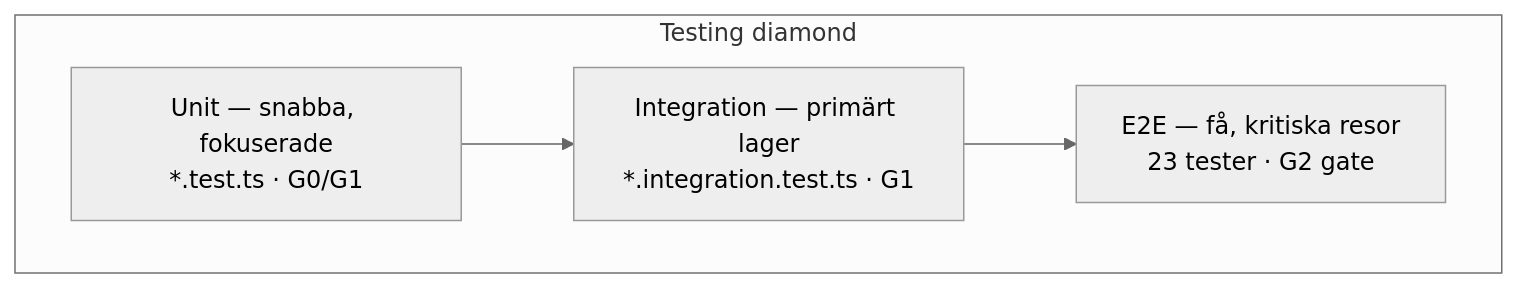
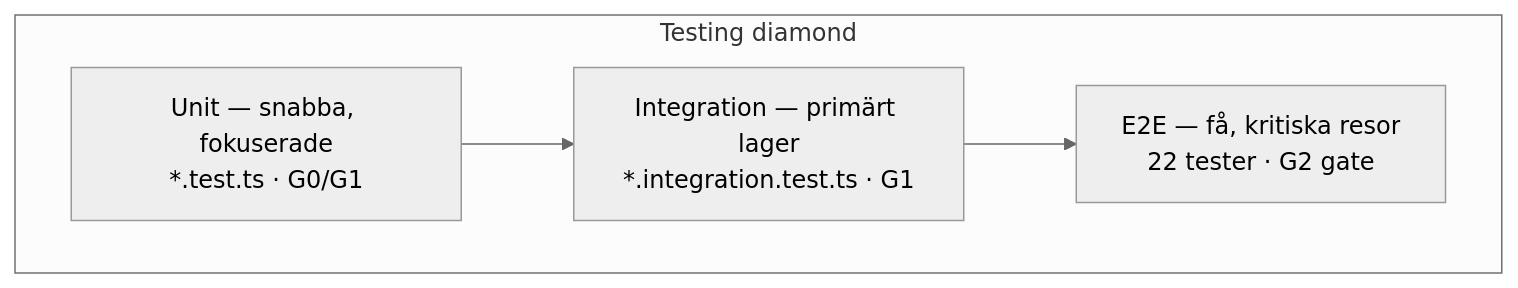
The diagram in docs/TEST_STRATEGY.md (arpi09/grocery-manager), drawn with Mermaid (neutral theme) before and after one commit. The commit also changed other lines of this file and 10 other files, not shown here.

````diff
--- a/docs/TEST_STRATEGY.md
+++ b/docs/TEST_STRATEGY.md
@@ -25,9 +25,9 @@
 ```mermaid
 flowchart TB
   subgraph diamond["Testing diamond"]
-    E2E["E2E — få, kritiska resor<br/>23 tester · G2 gate"]
+    E2E["E2E — få, kritiska resor<br/>22 tester · G2 gate"]
     INT["Integration — primärt lager<br/>*.integration.test.ts · G1"]
     UNIT["Unit — snabba, fokuserade<br/>*.test.ts · G0/G1"]
   end
   UNIT --> INT --> E2E
 ```
````
